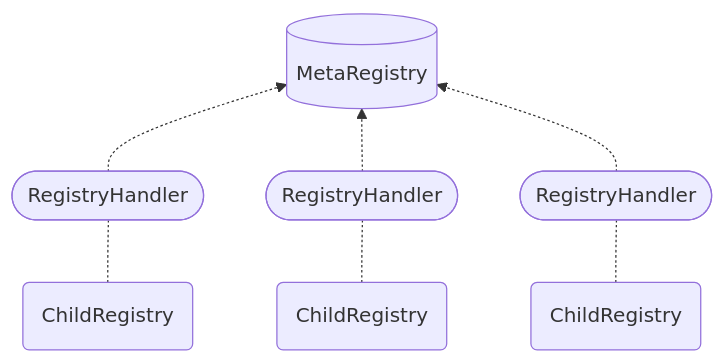
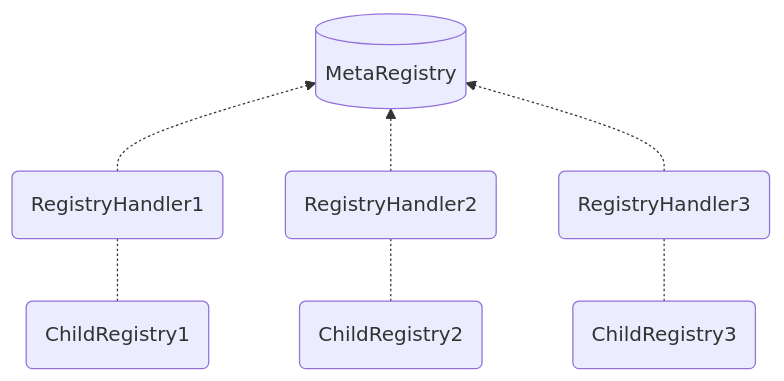
One commit to CurveDocs/curve-docs changed the diagram in docs/registry/overview.md. Above: the diagram before and after it, drawn with Mermaid. The commit also changed other lines of this file, not shown here.

````diff
--- a/docs/registry/overview.md
+++ b/docs/registry/overview.md
@@ -14,10 +23,10 @@
 ```mermaid
 flowchart BT
     mr[(MetaRegistry)]
-    cr1(ChildRegistry) -.- rh1([RegistryHandler])
-    cr2(ChildRegistry) -.- rh2([RegistryHandler])
-    cr3(ChildRegistry) -.- rh3([RegistryHandler])
+    cr1(ChildRegistry1) -.- rh1(RegistryHandler1)
+    cr2(ChildRegistry2) -.- rh2(RegistryHandler2)
+    cr3(ChildRegistry3) -.- rh3(RegistryHandler3)
     rh1 -.-> mr
     rh2 -.-> mr
     rh3 -.-> mr
 ```
````
